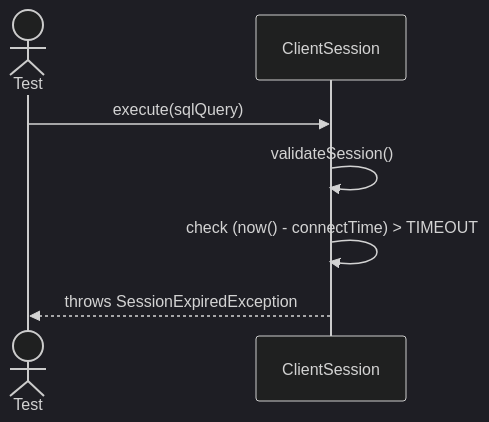
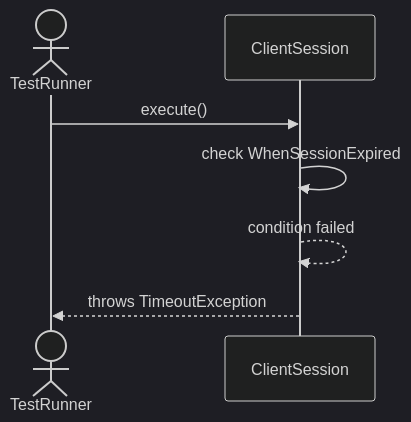
The third of 9 diagrams in Sequences/Core/ClientSession.md (TamBui1706/DBMS), drawn with Mermaid (dark theme) before and after one commit. The commit also changed other lines of this file and 63 other files, not shown here.

Commit message:
Draw sequence diagram for unit tests

````diff
--- a/Sequences/Core/ClientSession.md
+++ b/Sequences/Core/ClientSession.md
@@ -45,10 +45,9 @@
 ```mermaid
 sequenceDiagram
-    actor Test
+    actor TestRunner
     participant ClientSession
-
-    Test->>ClientSession: execute(sqlQuery)
-    ClientSession->>ClientSession: validateSession()
-    ClientSession->>ClientSession: check (now() - connectTime) > TIMEOUT
-    ClientSession-->>Test: throws SessionExpiredException
+    TestRunner->>ClientSession: execute()
+    ClientSession->>ClientSession: check WhenSessionExpired
+    ClientSession-->>ClientSession: condition failed
+    ClientSession-->>TestRunner: throws TimeoutException
 ```
````
